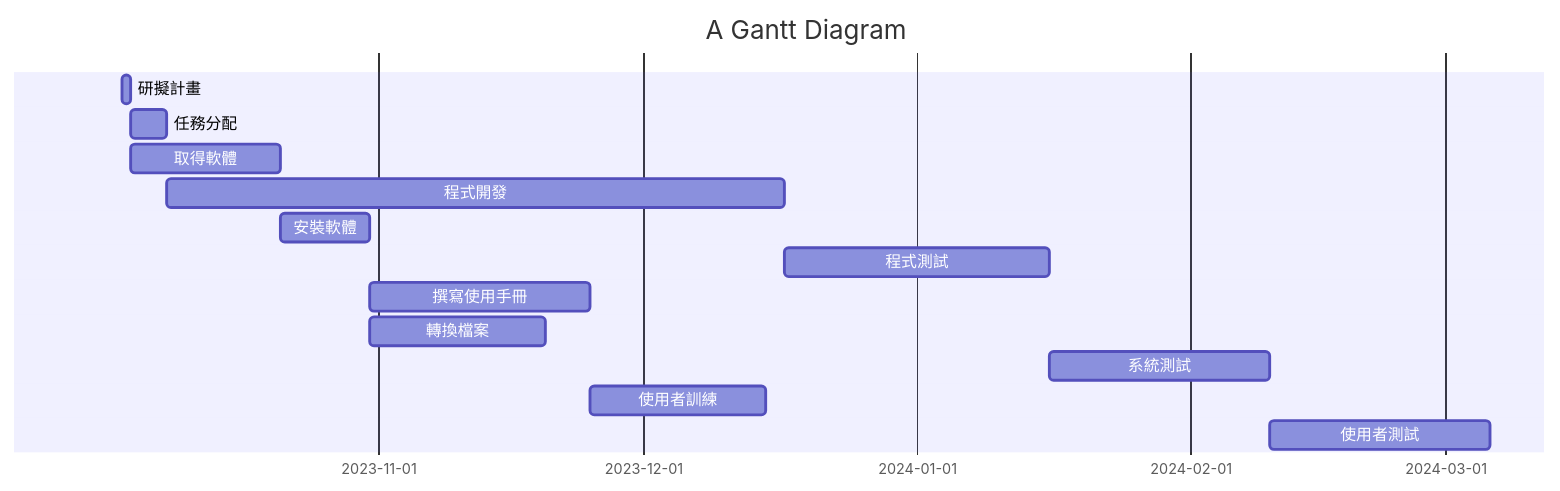
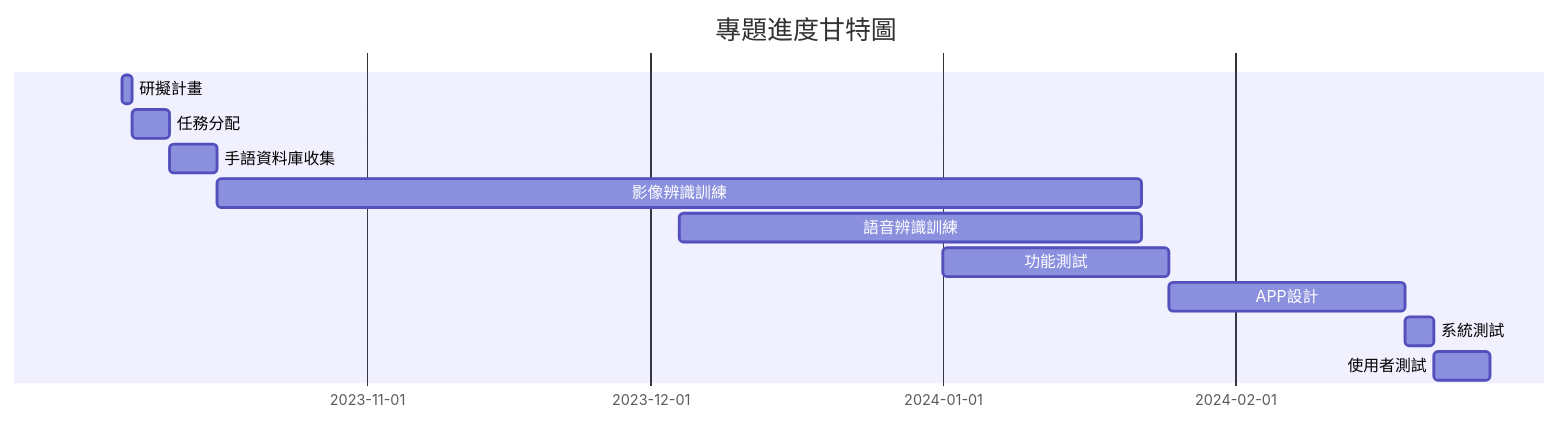
One commit to ChengYu0220/C110118225 changed the diagram in Project.md. Above: the diagram before and after it, drawn with Mermaid.

````diff
--- a/Project.md
+++ b/Project.md
@@ -1,17 +1,15 @@
 ```mermaid
 gantt
-    title A Gantt Diagram
+    title 專題進度甘特圖
 
     
-    研擬計畫           :a1, 2023-10-03, 1d
+    研擬計畫           :a1, 2023-10-06, 1d
     任務分配     :a2,after a1  , 4d
-    取得軟體     :a3,after a1  , 17d
-    程式開發     :a4,after a2  , 70d
-    安裝軟體     :a5,after a3  , 10d
-    程式測試     :a6,after a4  , 30d
-    撰寫使用手冊     :a7,after a5  , 25d
-    轉換檔案     :a8,after a5  , 20d
-    系統測試     :a9,after a6  , 25d
-    使用者訓練     :a10,after a7 & after a8  , 20d
-    使用者測試     :a11,after a9 & after a10  , 25d
+    手語資料庫收集     :a3,after a2  , 5d
+    影像辨識訓練     :a4,after a3  , 98d
+    語音辨識訓練     :a5,2023-12-04   , 49d
+    功能測試     :a6,2024-01-01  , 24d
+    APP設計     :a7,after a6  , 25d
+    系統測試     :a8,after a7  , 3d
+    使用者測試     :a9,after a8  , 6d
 ```
````
